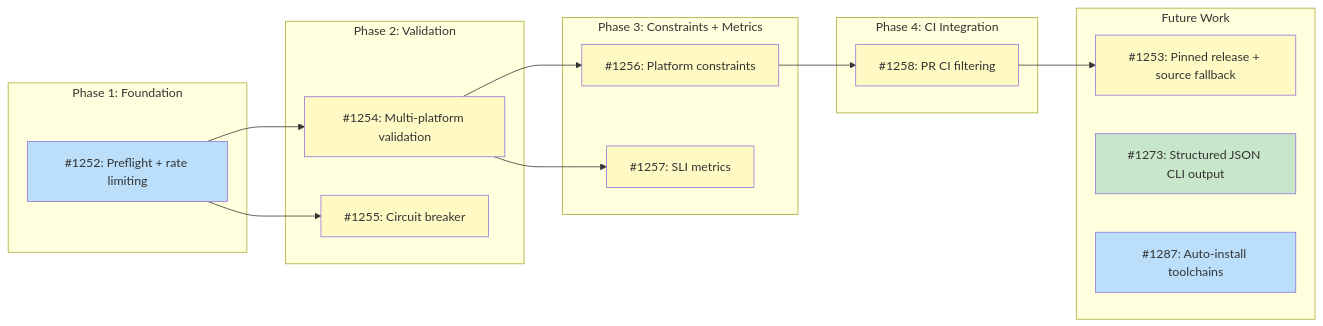
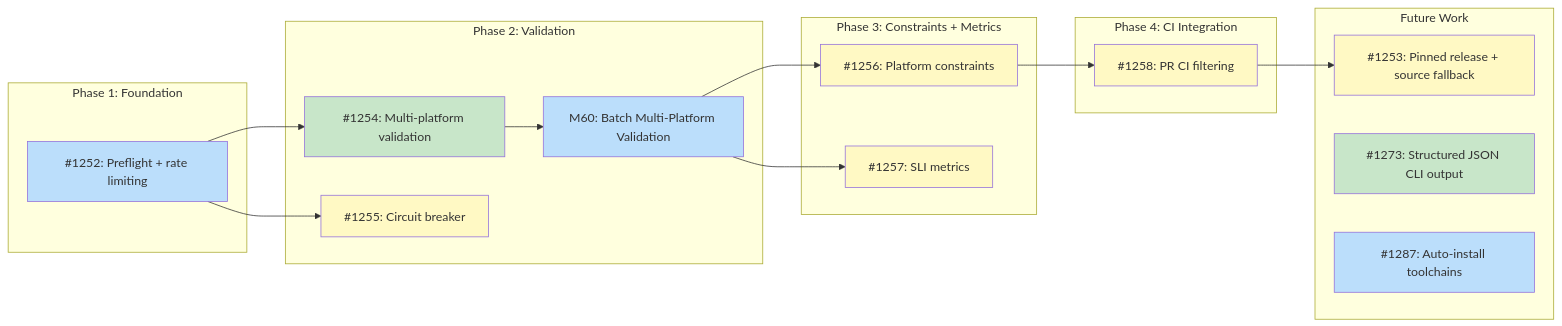
The diagram in docs/designs/DESIGN-batch-recipe-generation.md (tsukumogami/tsuku), drawn with Mermaid before and after one commit. The commit also changed other lines of this file and 3 other files, not shown here.

First line of the commit message:
feat(batch): add multi-platform validation design and prototype (#1303)

````diff
--- a/docs/designs/DESIGN-batch-recipe-generation.md
+++ b/docs/designs/DESIGN-batch-recipe-generation.md
@@ -32,44 +32,47 @@
 ```mermaid
 graph LR
     subgraph Phase1["Phase 1: Foundation"]
         I1252["#1252: Preflight + rate limiting"]
     end
 
     subgraph Phase2["Phase 2: Validation"]
         I1254["#1254: Multi-platform validation"]
         I1255["#1255: Circuit breaker"]
+        M60["M60: Batch Multi-Platform Validation"]
     end
 
     subgraph Phase3["Phase 3: Constraints + Metrics"]
         I1256["#1256: Platform constraints"]
         I1257["#1257: SLI metrics"]
     end
 
     subgraph Phase4["Phase 4: CI Integration"]
         I1258["#1258: PR CI filtering"]
     end
 
     subgraph Future["Future Work"]
         I1253["#1253: Pinned release + source fallback"]
         I1273["#1273: Structured JSON CLI output"]
         I1287["#1287: Auto-install toolchains"]
     end
 
     I1252 --> I1254
     I1252 --> I1255
-    I1254 --> I1256
-    I1254 --> I1257
+    I1254 --> M60
+    M60 --> I1256
+    M60 --> I1257
     I1256 --> I1258
     I1258 --> I1253
 
     classDef done fill:#c8e6c9
     classDef ready fill:#bbdefb
     classDef blocked fill:#fff9c4
     classDef needsDesign fill:#e1bee7
 
     class I1252 ready
     class I1253 blocked
-    class I1273 done
+    class I1254,I1273 done
     class I1287 ready
-    class I1254,I1255,I1256,I1257,I1258 blocked
+    class M60 ready
+    class I1255,I1256,I1257,I1258 blocked
 ```
````
